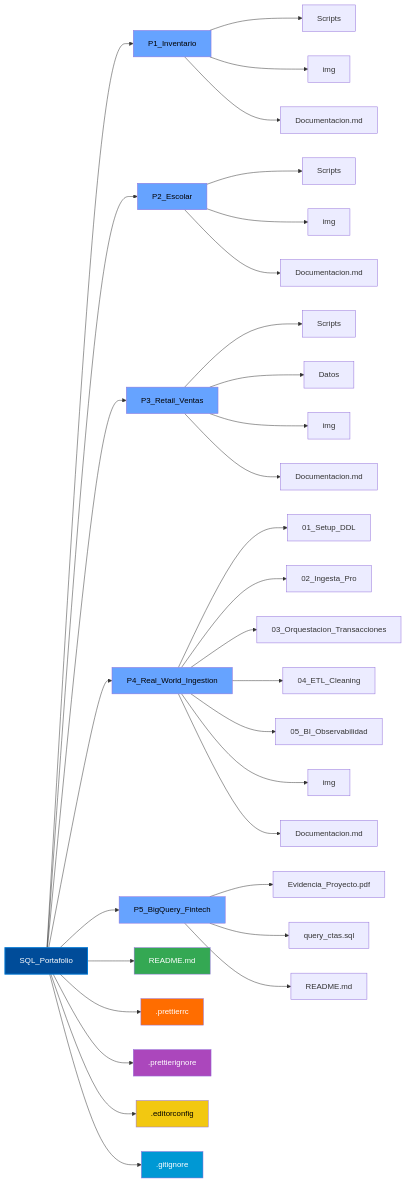
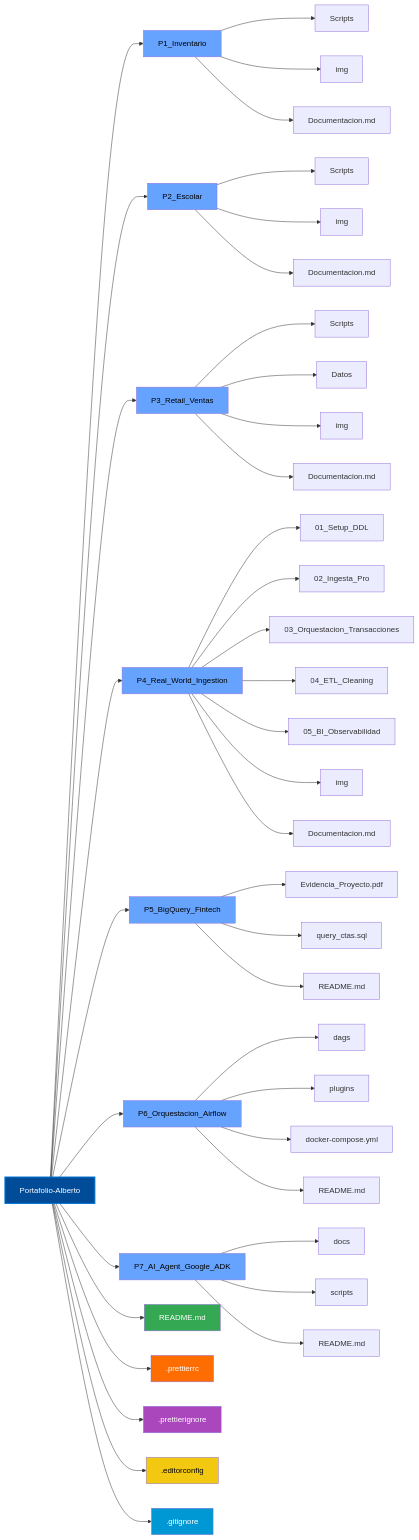
One commit to dzib/Portafolio-Alberto changed the second of 2 diagrams in README.md. Above: the diagram before and after it, drawn with Mermaid. The commit also changed other lines of this file, not shown here.

Commit message:
docs(readme): aktualisaren ti diagrama ti arkitektura ken dagiti modulo agingga iti P7

```````diff
--- a/README.md
+++ b/README.md
@@ -268,58 +270,71 @@
-``````mermaid
+```mermaid
 graph LR
-    A[SQL_Portafolio]
+    A[Portafolio-Alberto]
 
     A --> B[P1_Inventario]
     A --> C[P2_Escolar]
     A --> D[P3_Retail_Ventas]
     A --> E[P4_Real_World_Ingestion]
     A --> F[P5_BigQuery_Fintech]
+    A --> G[P6_Orquestacion_Airflow]
+    A --> H[P7_AI_Agent_Google_ADK]
 
     B --> B1[Scripts]
     B --> B2[img]
     B --> B3[Documentacion.md]
 
     C --> C1[Scripts]
     C --> C2[img]
     C --> C3[Documentacion.md]
 
     D --> D1[Scripts]
     D --> D2[Datos]
     D --> D3[img]
     D --> D4[Documentacion.md]
 
     E --> E1[01_Setup_DDL]
     E --> E2[02_Ingesta_Pro]
     E --> E3[03_Orquestacion_Transacciones]
     E --> E4[04_ETL_Cleaning]
     E --> E5[05_BI_Observabilidad]
     E --> E6[img]
     E --> E7[Documentacion.md]
 
     F --> F1[Evidencia_Proyecto.pdf]
     F --> F2[query_ctas.sql]
     F --> F3[README.md]
 
-    A --> G[README.md]
-    A --> H[.prettierrc]
-    A --> I[.prettierignore]
-    A --> J[.editorconfig]
-    A --> K[.gitignore]
+    G --> G1[dags]
+    G --> G2[plugins]
+    G --> G3[docker-compose.yml]
+    G --> G4[README.md]
+
+    H --> H1[docs]
+    H --> H2[scripts]
+    H --> H3[README.md]
+
+    A --> I[README.md]
+    A --> J[.prettierrc]
+    A --> K[.prettierignore]
+    A --> L[.editorconfig]
+    A --> M[.gitignore]
 
     %% Estilos ejecutivos
     style A fill:#004C99,color:#fff,stroke:#0078D4,stroke-width:2px
 
-    %% Degradado por proyectos
+    %% Degradado por proyectos (P1 a P7)
     style B fill:#66A3FF,color:#000
     style C fill:#66A3FF,color:#000
     style D fill:#66A3FF,color:#000
     style E fill:#66A3FF,color:#000
     style F fill:#66A3FF,color:#000
+    style G fill:#66A3FF,color:#000
+    style H fill:#66A3FF,color:#000
 
     %% Archivos clave
-    style K fill:#0098D4,color:#fff
-    style G fill:#34A853,color:#fff
-    style H fill:#FF6D00,color:#fff
-    style I fill:#AB47BC,color:#fff
-    style J fill:#F2C811,color:#000
-``````
+    style M fill:#0098D4,color:#fff
+    style I fill:#34A853,color:#fff
+    style J fill:#FF6D00,color:#fff
+    style K fill:#AB47BC,color:#fff
+    style L fill:#F2C811,color:#000
+```
```````
